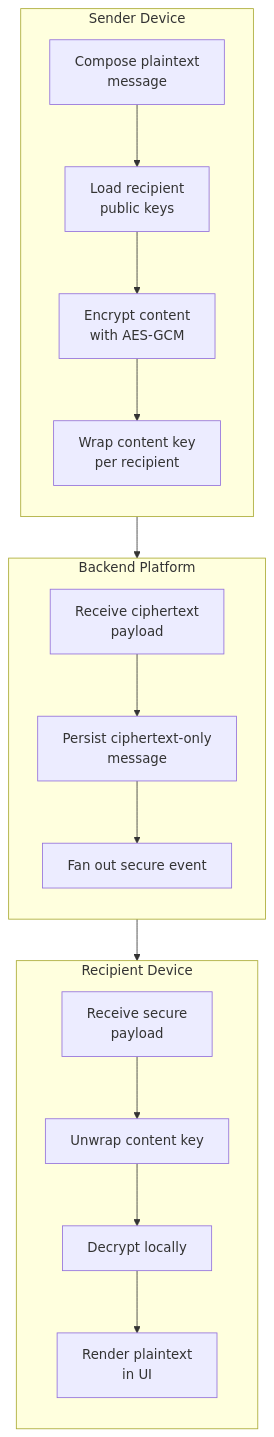
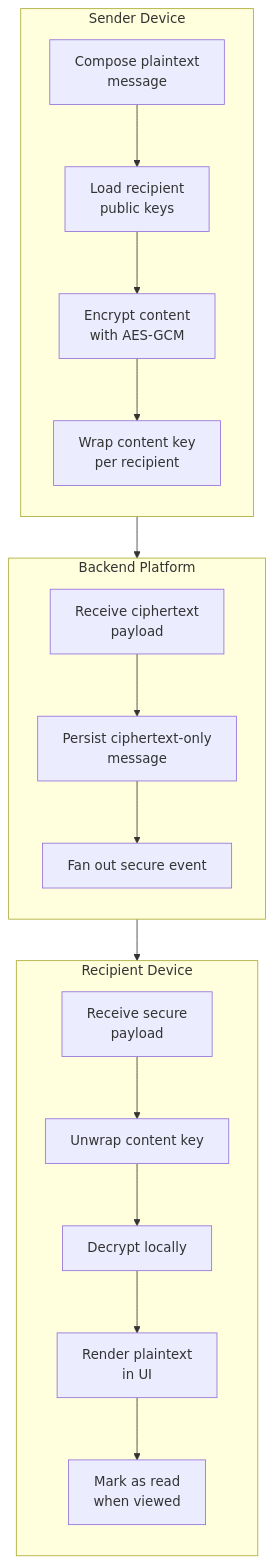
Before and after one commit to 009-KumarJi/NoviConnect: the sixth of 15 diagrams in README.md, drawn with Mermaid. The commit also changed other lines of this file and 13 other files, not shown here.

````diff
--- a/README.md
+++ b/README.md
@@ -358,31 +505,32 @@
 ```mermaid
 flowchart TB
     subgraph Sender[Sender Device]
         direction TB
         A[Compose plaintext<br/>message]
         B[Load recipient<br/>public keys]
         C[Encrypt content<br/>with AES-GCM]
         D[Wrap content key<br/>per recipient]
         A --> B --> C --> D
     end
 
     subgraph Platform[Backend Platform]
         direction TB
         E[Receive ciphertext<br/>payload]
         F[Persist ciphertext-only<br/>message]
         G[Fan out secure event]
         E --> F --> G
     end
 
     subgraph Recipient[Recipient Device]
         direction TB
         H[Receive secure<br/>payload]
         I[Unwrap content key]
         J[Decrypt locally]
         K[Render plaintext<br/>in UI]
-        H --> I --> J --> K
+        L[Mark as read<br/>when viewed]
+        H --> I --> J --> K --> L
     end
 
     D --> E
     G --> H
 ```
````
